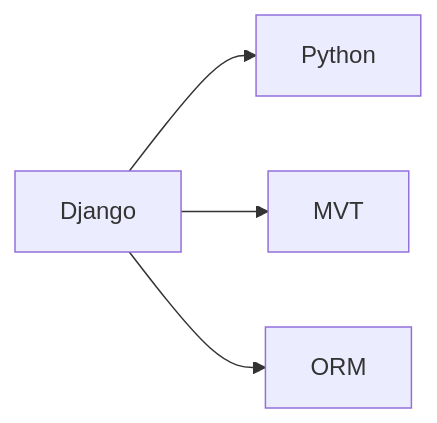
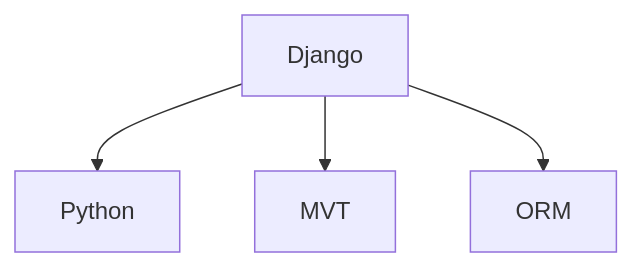
One commit to zyrass/omnydocs changed the tenth of 41 diagrams in docs/glossaire/developpement-web.md. Above: the diagram before and after it, drawn with Mermaid. The commit also changed other lines of this file and 1780 other files, not shown here.

````diff
--- a/docs/glossaire/developpement-web.md
+++ b/docs/glossaire/developpement-web.md
@@ -203,6 +245,6 @@
-    ```mermaid
-    graph LR
-        A[Django] --> B[Python]
-        A --> C[MVT]
-        A --> D[ORM]
-    ```
+```mermaid
+graph TB
+    A[Django] --> B[Python]
+    A --> C[MVT]
+    A --> D[ORM]
+```
````
